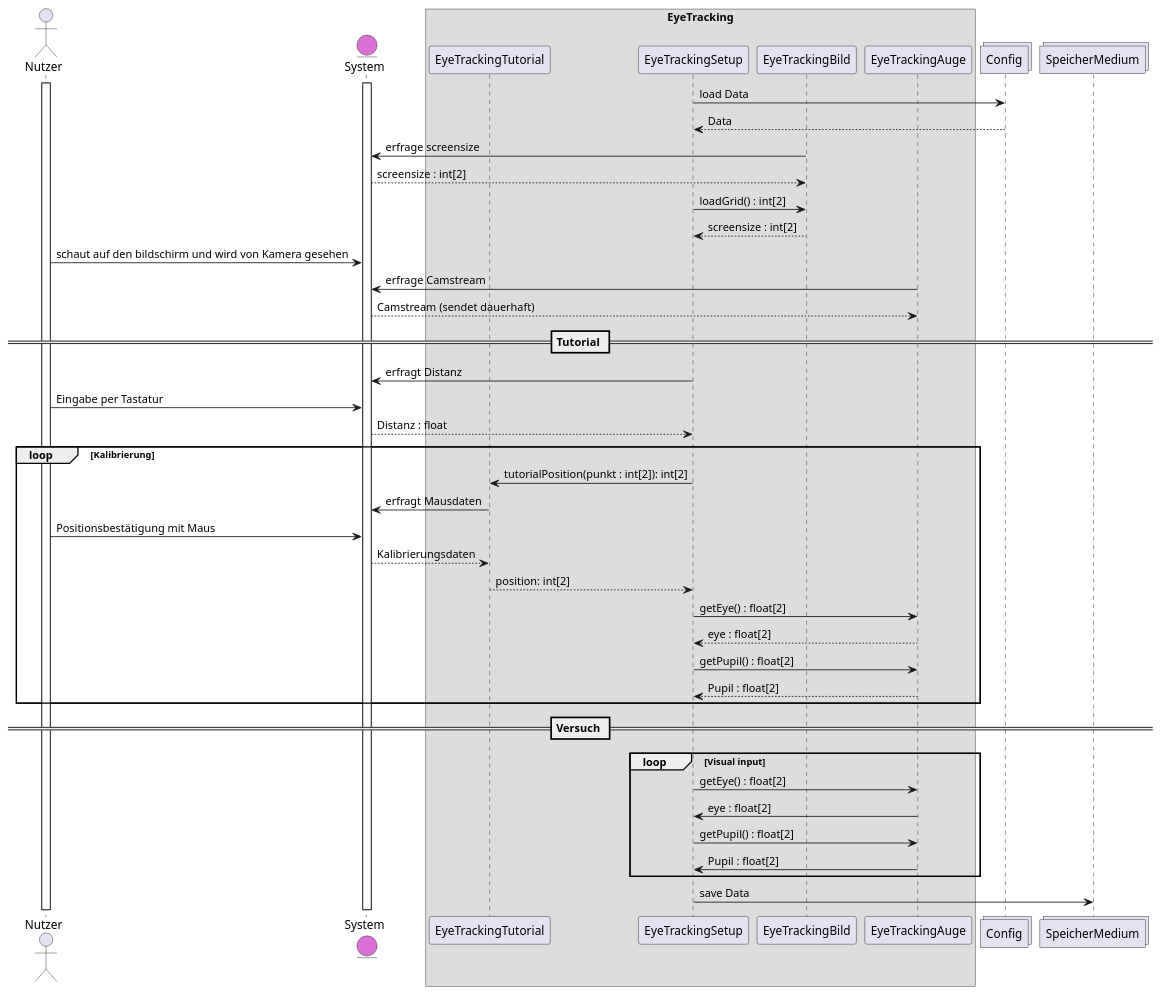
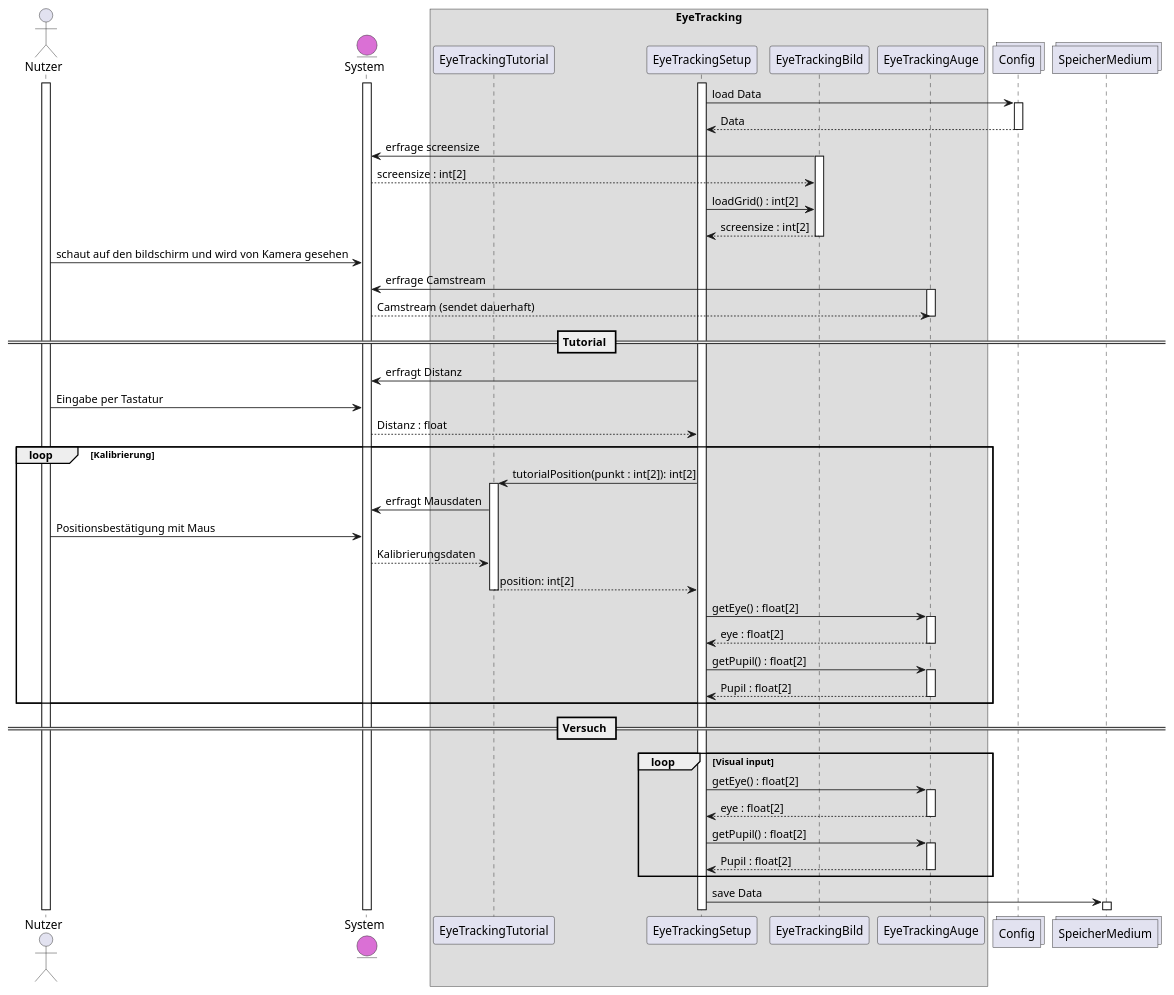
The diagram in meilenstein_04/sequenz-eyetracking/sequenz-eyetracking.puml (weichware10/meilensteine), drawn with PlantUML before and after one commit. The commit also changed 1 other file, not shown here.

```diff
--- a/meilenstein_04/sequenz-eyetracking/sequenz-eyetracking.puml
+++ b/meilenstein_04/sequenz-eyetracking/sequenz-eyetracking.puml
@@ -1,53 +1,71 @@
 @startuml {modul}
 actor       Nutzer          as n
 entity      System          as s    #DA70D5
 
 box EyeTracking
 participant EyeTrackingTutorial    as et
 participant EyeTrackingSetup       as es
 participant EyeTrackingBild        as eb
 participant EyeTrackingAuge        as ea
 end box
 
 collections Config          as c
 collections SpeicherMedium  as sm
 
 activate n
 activate s
 
+activate es
 es -> c : load Data
+activate c
 c --> es : Data
+deactivate c
 eb -> s : erfrage screensize
+activate eb
 s --> eb : screensize : int[2]
 es -> eb : loadGrid() : int[2]
 eb --> es : screensize : int[2]
+deactivate eb
 n -> s : schaut auf den bildschirm und wird von Kamera gesehen 
 ea -> s : erfrage Camstream
+activate ea
 s --> ea : Camstream (sendet dauerhaft)
+deactivate ea
 
 == Tutorial ==
 es -> s : erfragt Distanz
 n -> s : Eingabe per Tastatur
 s --> es : Distanz : float
 loop Kalibrierung
   es -> et : tutorialPosition(punkt : int[2]): int[2]
+  activate et
   et -> s : erfragt Mausdaten
   n -> s : Positionsbestätigung mit Maus
   s --> et : Kalibrierungsdaten
   et --> es : position: int[2]
+  deactivate et
   es -> ea : getEye() : float[2]
+  activate ea
   ea --> es : eye : float[2]
+  deactivate ea
   es -> ea : getPupil() : float[2]
+  activate ea
   ea --> es : Pupil : float[2]
+  deactivate ea
 end
 
 == Versuch ==
 loop Visual input
   es -> ea : getEye() : float[2]
-  ea -> es : eye : float[2]
+  activate ea
+  ea --> es : eye : float[2]
+  deactivate ea
   es -> ea : getPupil() : float[2]
-  ea -> es : Pupil : float[2]
+  activate ea
+  ea --> es : Pupil : float[2]
+  deactivate ea
 end
 es -> sm: save Data
+activate sm
 
 @enduml
```
